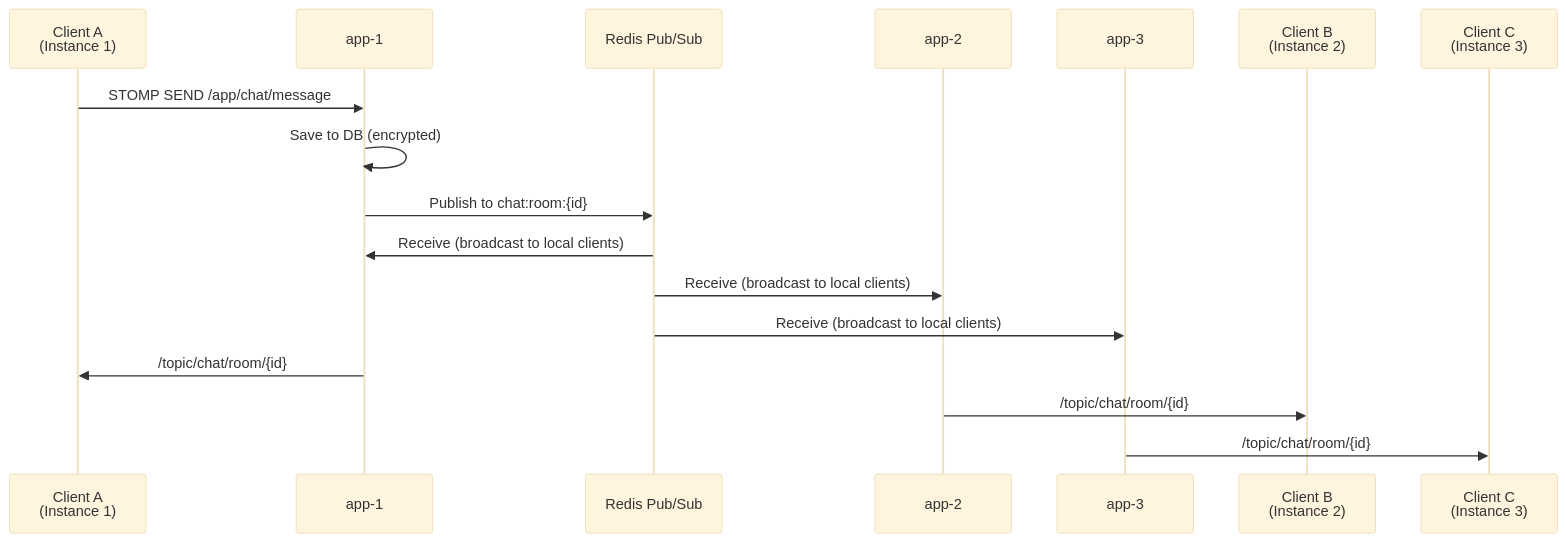
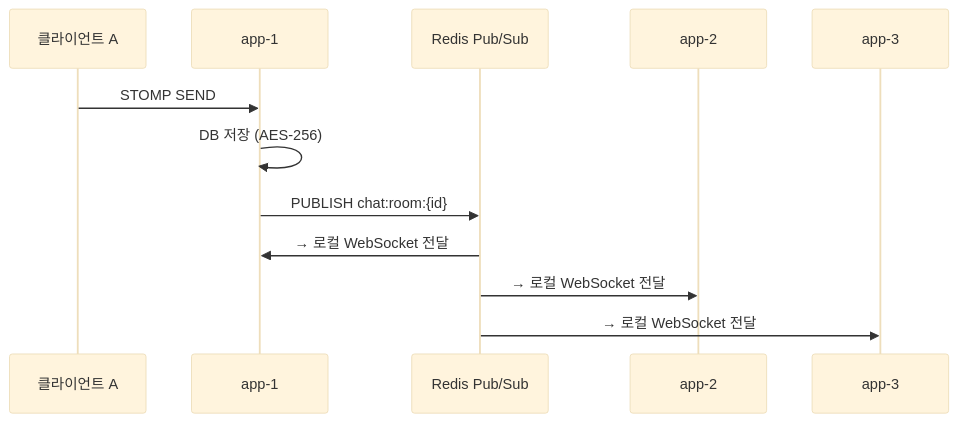
One commit to with-co-talk/co-talk-docs changed the second of 2 diagrams in architecture/backend.md. Above: the diagram before and after it, drawn with Mermaid (base theme). The commit also changed other lines of this file and 4 other files, not shown here.

````diff
--- a/architecture/backend.md
+++ b/architecture/backend.md
@@ -201,20 +113,15 @@
 ```mermaid
 sequenceDiagram
-    participant C1 as Client A<br/>(Instance 1)
+    participant C as 클라이언트 A
     participant I1 as app-1
-    participant Redis as Redis Pub/Sub
+    participant R as Redis Pub/Sub
     participant I2 as app-2
     participant I3 as app-3
-    participant C2 as Client B<br/>(Instance 2)
-    participant C3 as Client C<br/>(Instance 3)
 
-    C1->>I1: STOMP SEND /app/chat/message
-    I1->>I1: Save to DB (encrypted)
-    I1->>Redis: Publish to chat:room:{id}
-    Redis->>I1: Receive (broadcast to local clients)
-    Redis->>I2: Receive (broadcast to local clients)
-    Redis->>I3: Receive (broadcast to local clients)
-    I1->>C1: /topic/chat/room/{id}
-    I2->>C2: /topic/chat/room/{id}
-    I3->>C3: /topic/chat/room/{id}
+    C->>I1: STOMP SEND
+    I1->>I1: DB 저장 (AES-256)
+    I1->>R: PUBLISH chat:room:{id}
+    R->>I1: → 로컬 WebSocket 전달
+    R->>I2: → 로컬 WebSocket 전달
+    R->>I3: → 로컬 WebSocket 전달
 ```
````
